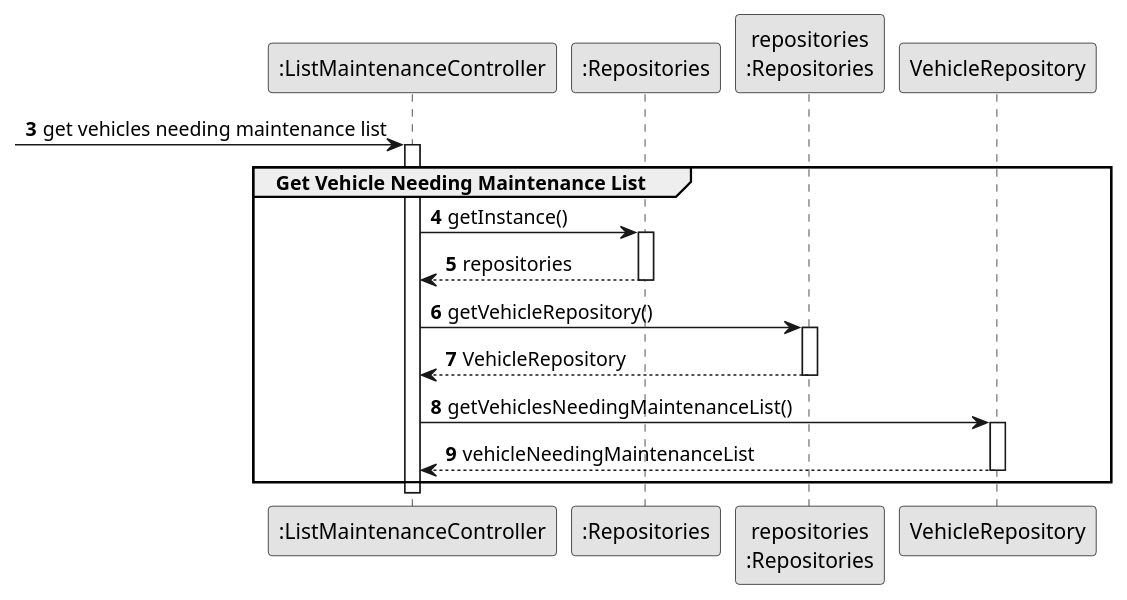
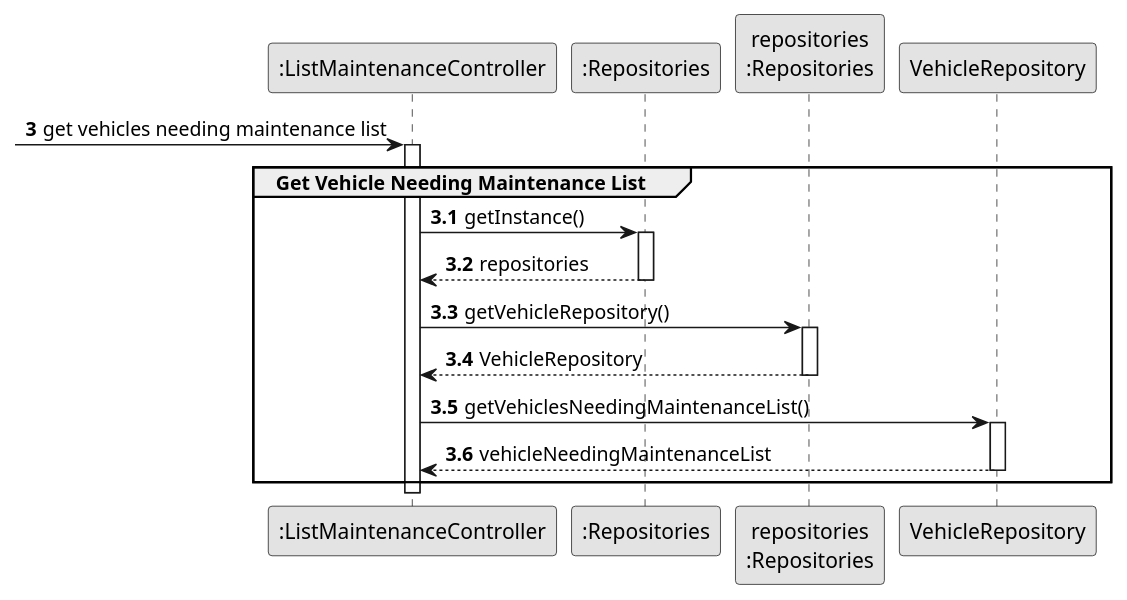
The diagram in docs/sprintB/us008/03.design/puml/us008-sequence-diagram-partial-get-vehicle-needing-maintenance-list.puml (ricardomm7/leaflink), drawn with PlantUML before and after one commit. The commit also changed 5 other files, not shown here.

Commit message:
Updated documentation and sequence diagrams for US006 and US008; refined interaction details and corrected method names in sequence diagrams.

```diff
--- a/docs/sprintB/us008/03.design/puml/us008-sequence-diagram-partial-get-vehicle-needing-maintenance-list.puml
+++ b/docs/sprintB/us008/03.design/puml/us008-sequence-diagram-partial-get-vehicle-needing-maintenance-list.puml
@@ -1,45 +1,45 @@
 @startuml
 skinparam monochrome true
 skinparam packageStyle rectangle
 skinparam shadowing false
 
 autonumber
 
 'hide footbox
 
 participant ":ListMaintenanceController" as CTRL
 participant ":Repositories" as RepositorySingleton
 participant "repositories\n:Repositories" as PLAT
 
 autonumber 3
 
  -> CTRL : get vehicles needing maintenance list
 activate CTRL
     group Get Vehicle Needing Maintenance List
-
+autonumber 3.1
 
             CTRL -> RepositorySingleton : getInstance()
             activate RepositorySingleton
 
             RepositorySingleton --> CTRL: repositories
             deactivate RepositorySingleton
 
             CTRL -> PLAT : getVehicleRepository()
             activate PLAT
 
             PLAT --> CTRL: VehicleRepository
             deactivate PLAT
 
             CTRL -> VehicleRepository : getVehiclesNeedingMaintenanceList()
             activate VehicleRepository
 
             VehicleRepository --> CTRL : vehicleNeedingMaintenanceList
             deactivate VehicleRepository
 
     end
 
     autonumber 4
 deactivate CTRL
 
 
 @enduml
```
